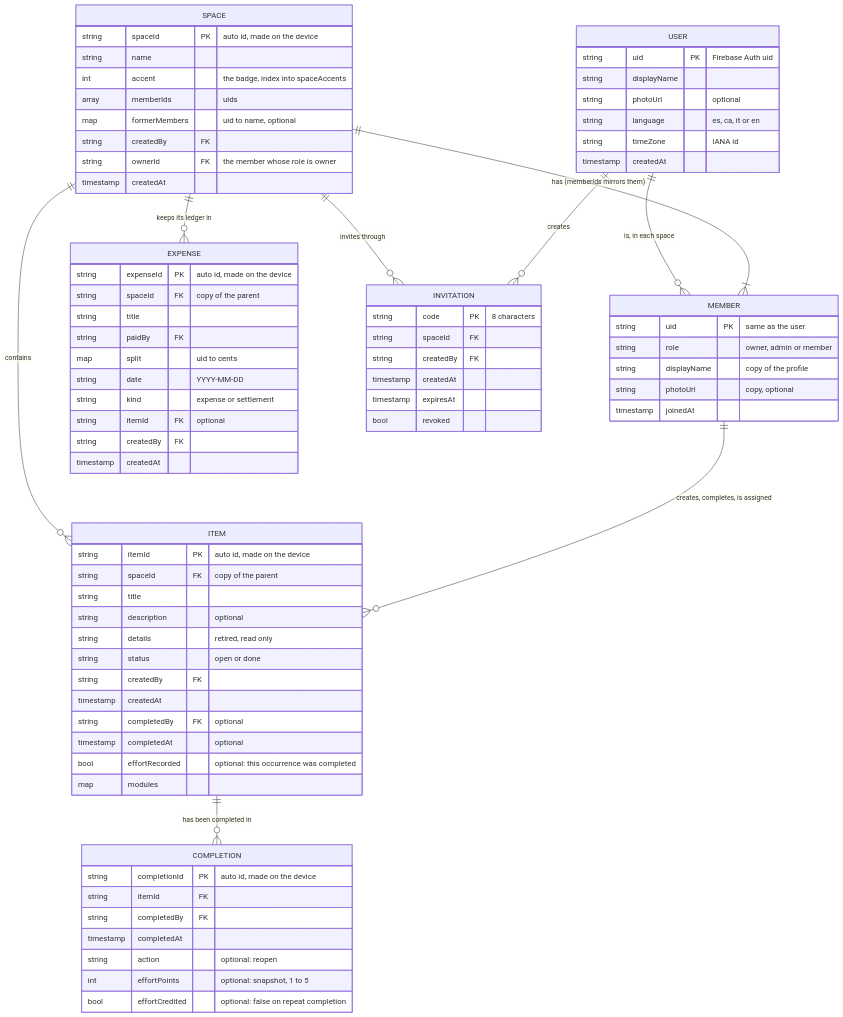
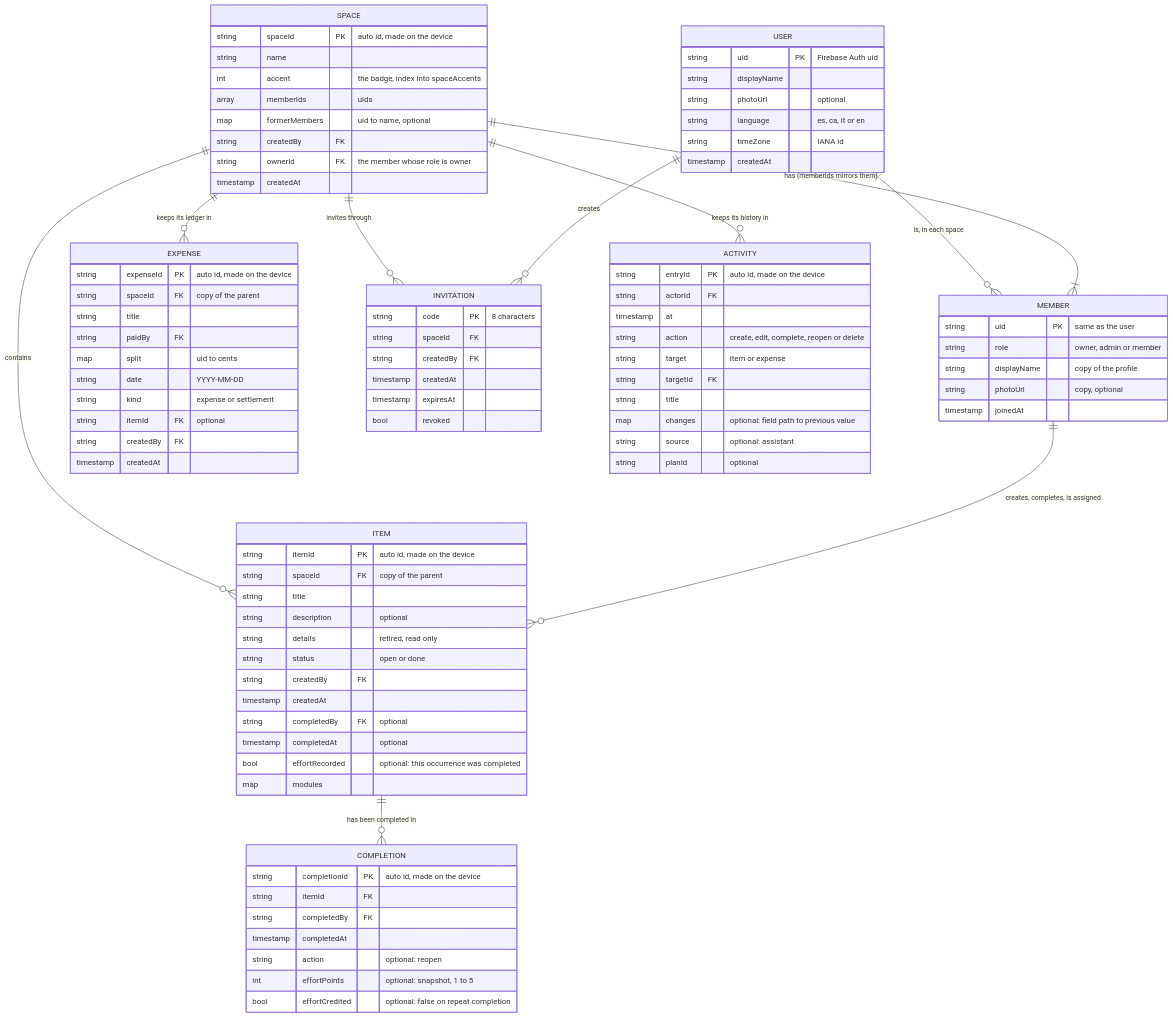
One commit to Erkko68/orbit changed the diagram in docs/data/firestore-schema.md. Above: the diagram before and after it, drawn with Mermaid. The commit also changed other lines of this file and 16 other files, not shown here.

First line of the commit message:
feat(activity): record item and expense changes in the history (#83)

```diff
--- a/docs/data/firestore-schema.md
+++ b/docs/data/firestore-schema.md
@@ -14,6 +14,7 @@
     SPACE ||--o{ INVITATION : "invites through"
     USER ||--o{ INVITATION : creates
     MEMBER ||--o{ ITEM : "creates, completes, is assigned"
+    SPACE ||--o{ ACTIVITY : "keeps its history in"
 
     USER {
         string uid PK "Firebase Auth uid"
@@ -75,6 +76,18 @@
         string createdBy FK
         timestamp createdAt
     }
+    ACTIVITY {
+        string entryId PK "auto id, made on the device"
+        string actorId FK
+        timestamp at
+        string action "create, edit, complete, reopen or delete"
+        string target "item or expense"
+        string targetId FK
+        string title
+        map changes "optional: field path to previous value"
+        string source "optional: assistant"
+        string planId "optional"
+    }
     INVITATION {
         string code PK "8 characters"
         string spaceId FK
```
